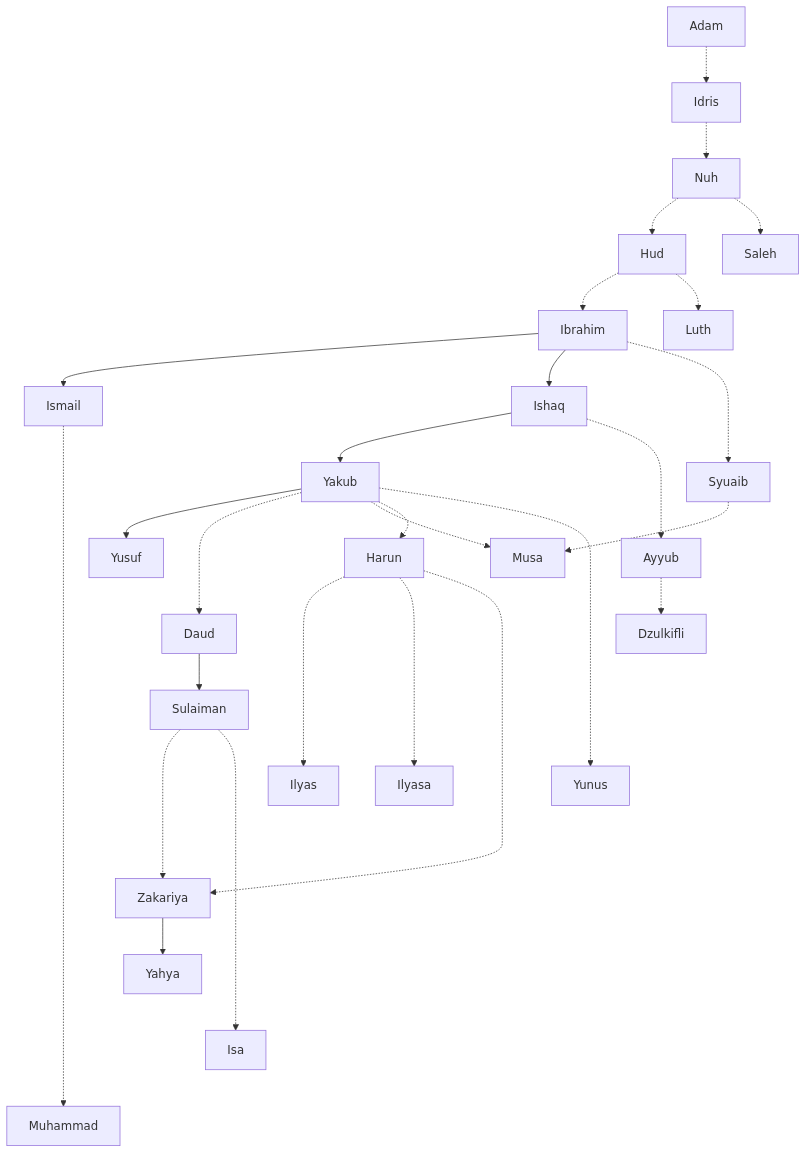
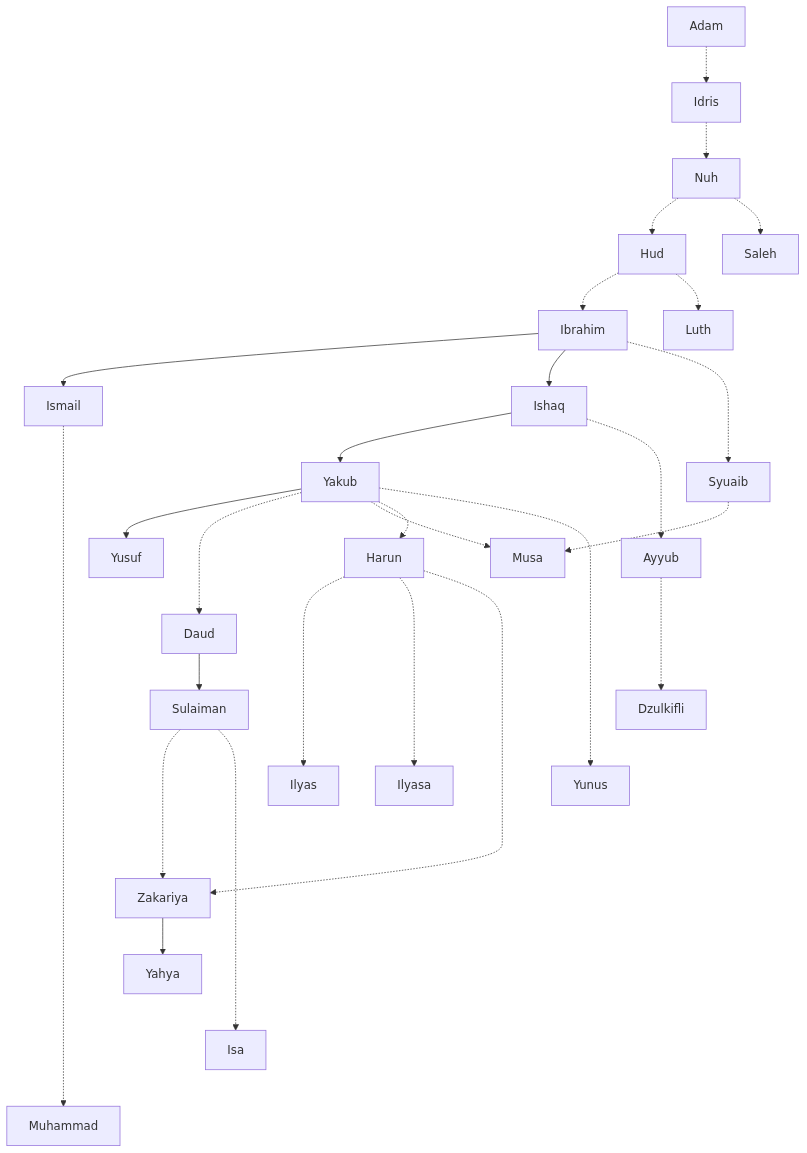
The diagram in index.md (bagustris/kisah-nabi), drawn with Mermaid before and after one commit. The commit also changed other lines of this file, not shown here.

````diff
--- a/index.md
+++ b/index.md
@@ -7,54 +7,54 @@
 ```mermaid
 graph TD
     Adam -.-> Idris
     Idris -.-> Nuh
     Nuh -.-> Hud
     Nuh -.-> Saleh
     Hud -.-> Ibrahim
     Hud -.-> Luth
     Ibrahim --> Ismail
     Ibrahim --> Ishaq
     Ishaq --> Yakub
     Yakub --> Yusuf
     Ishaq -..-> Ayyub
     Ibrahim -.-> Syuaib
     Syuaib -.-> Musa
-    Ayyub -.-> Dzulkifli
+    Ayyub -..-> Dzulkifli
     Yakub -..-> Daud
     Yakub -.-> Musa
     Yakub -.-> Harun
     Daud --> Sulaiman
     Sulaiman -..-> Zakariya
     Sulaiman -.....-> Isa
     Harun -...-> Ilyas
     Harun -...-> Ilyasa
     Harun -.....-> Zakariya
     Yakub -....-> Yunus
     Zakariya --> Yahya
     Ismail -..........-> Muhammad
 
     click Adam href "https://bagustris.github.io/kisah-nabi/adam"
     click Idris href "https://bagustris.github.io/kisah-nabi/idris"
     click Nuh href "https://bagustris.github.io/kisah-nabi/nuh"
     click Hud href "https://bagustris.github.io/kisah-nabi/hud"
     click Saleh href "https://bagustris.github.io/kisah-nabi/saleh"
     click Ibrahim href "https://bagustris.github.io/kisah-nabi/ibrahim"
     click Ismail href "https://bagustris.github.io/kisah-nabi/ismail"
     click Ishaq href "https://bagustris.github.io/kisah-nabi/ishaq"
     click Yaqub href "https://bagustris.github.io/kisah-nabi/yaqub"
     click Yusuf href "https://bagustris.github.io/kisah-nabi/yusuf"
     click Ayyub href "https://bagustris.github.io/kisah-nabi/ayyub"
     click Shuaib href "https://bagustris.github.io/kisah-nabi/shuaib"
     click Musa href "https://bagustris.github.io/kisah-nabi/musa"
     click Harun href "https://bagustris.github.io/kisah-nabi/harun"
     click Dzulkifli href "https://bagustris.github.io/kisah-nabi/dzulkifli"
     click Daud href "https://bagustris.github.io/kisah-nabi/daud"
     click Sulaiman href "https://bagustris.github.io/kisah-nabi/sulaiman"
     click Ilyas href "https://bagustris.github.io/kisah-nabi/ilyas"
     click Ilyasa href "https://bagustris.github.io/kisah-nabi/ilyasa"
     click Yunus href "https://bagustris.github.io/kisah-nabi/yunus"
     click Zakariya href "https://bagustris.github.io/kisah-nabi/zakariya"
     click Yahya href "https://bagustris.github.io/kisah-nabi/yahya"
     click Isa href "https://bagustris.github.io/kisah-nabi/isa"
     click Muhammad href "https://bagustris.github.io/kisah-nabi/muhammad"
 ```
````
